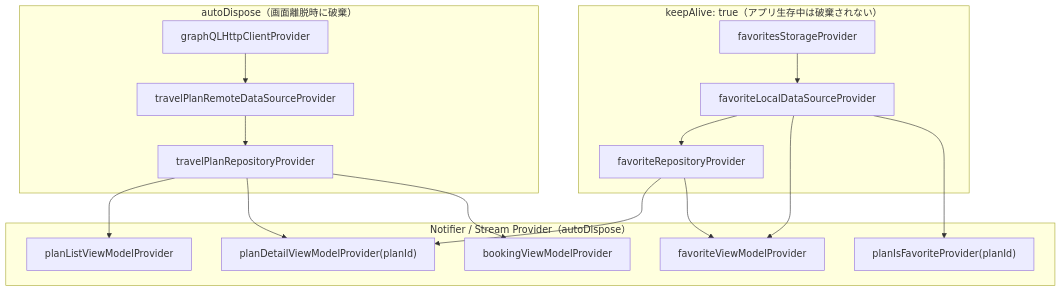
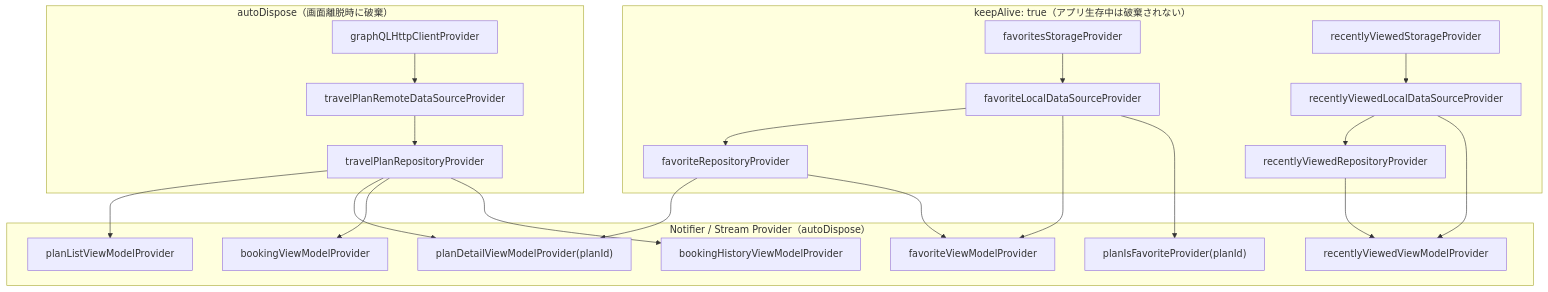
One commit to fumiyasac/travel_booking changed the fourth of 13 diagrams in architecture_guidance.md. Above: the diagram before and after it, drawn with Mermaid. The commit also changed other lines of this file and 5 other files, not shown here.

````diff
--- a/architecture_guidance.md
+++ b/architecture_guidance.md
@@ -277,32 +292,41 @@
 ```mermaid
 graph TD
     subgraph keep["keepAlive: true（アプリ生存中は破棄されない）"]
         FavStorage["favoritesStorageProvider"]
         FavDS["favoriteLocalDataSourceProvider"]
         FavRepo["favoriteRepositoryProvider"]
         FavStorage --> FavDS --> FavRepo
+        RVStorage["recentlyViewedStorageProvider"]
+        RVDS["recentlyViewedLocalDataSourceProvider"]
+        RVRepo["recentlyViewedRepositoryProvider"]
+        RVStorage --> RVDS --> RVRepo
     end
 
     subgraph auto["autoDispose（画面離脱時に破棄）"]
         GQL["graphQLHttpClientProvider"]
         TPRemoteDS["travelPlanRemoteDataSourceProvider"]
         TPRepo["travelPlanRepositoryProvider"]
         GQL --> TPRemoteDS --> TPRepo
     end
 
     subgraph notifiers["Notifier / Stream Provider（autoDispose）"]
         PlanListVM["planListViewModelProvider"]
         PlanDetailVM["planDetailViewModelProvider(planId)"]
         BookingVM["bookingViewModelProvider"]
         FavVM["favoriteViewModelProvider"]
+        BookingHistVM["bookingHistoryViewModelProvider"]
+        RVVM["recentlyViewedViewModelProvider"]
         PlanIsFav["planIsFavoriteProvider(planId)"]
     end
 
     TPRepo --> PlanListVM
     TPRepo --> PlanDetailVM
     FavRepo --> PlanDetailVM
     TPRepo --> BookingVM
     FavDS --> FavVM
     FavRepo --> FavVM
+    TPRepo --> BookingHistVM
+    RVDS --> RVVM
+    RVRepo --> RVVM
     FavDS --> PlanIsFav
 ```
````
